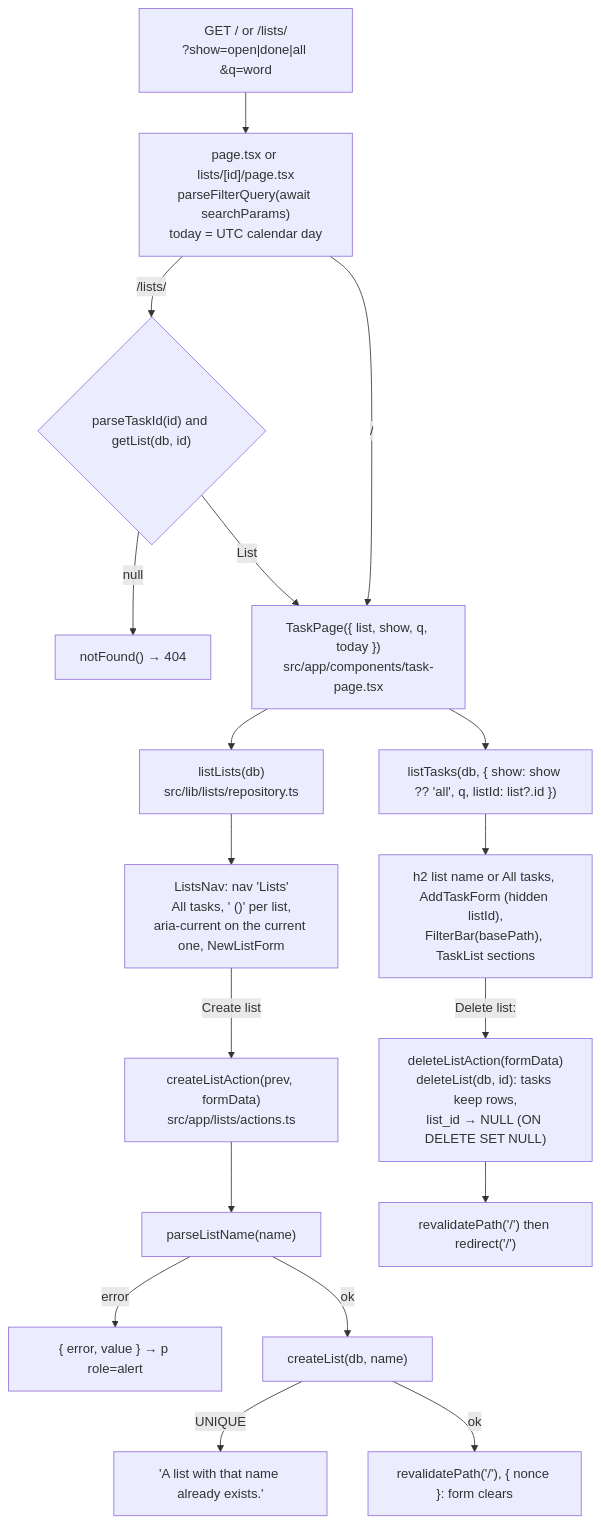
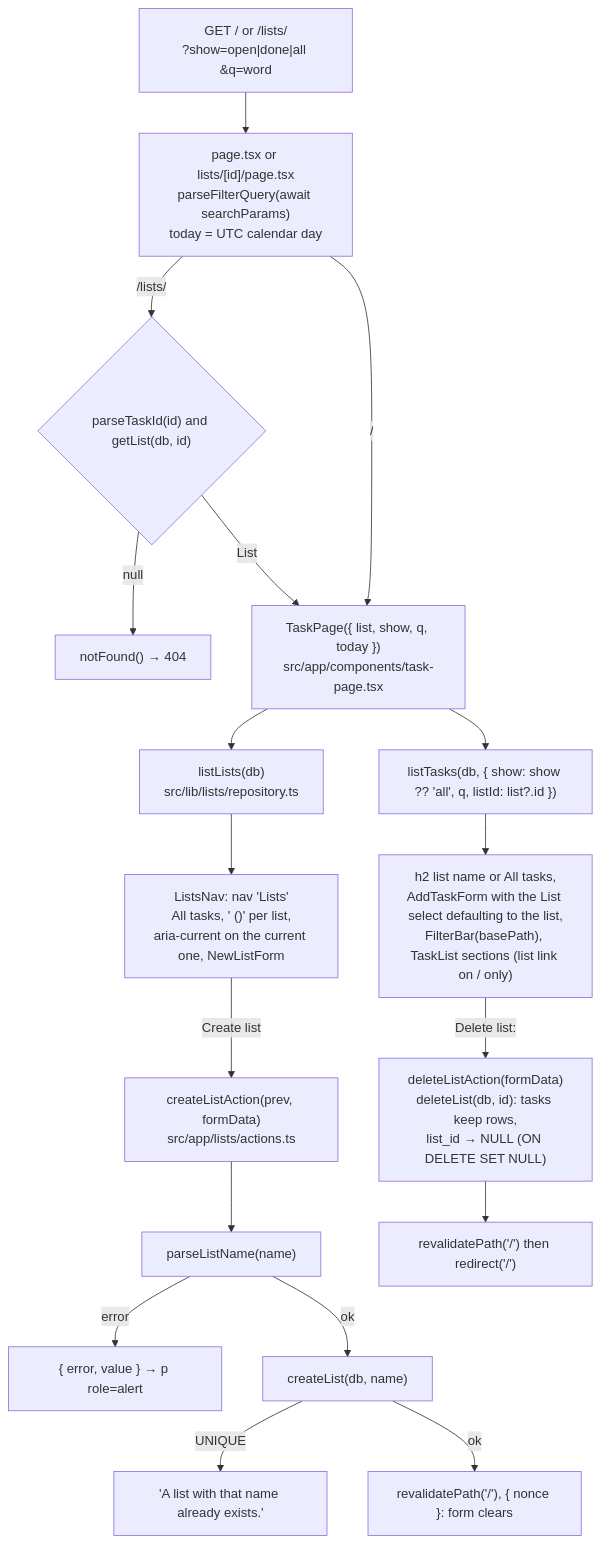
The diagram in docs/current/how/lists.md (mkelk/harness-demo), drawn with Mermaid before and after one commit. The commit also changed other lines of this file and 16 other files, not shown here.

First line of the commit message:
tick sxg: List select on task forms, list links on the list page, lists e2e

````diff
--- a/docs/current/how/lists.md
+++ b/docs/current/how/lists.md
@@ -13,20 +13,20 @@
 ```mermaid
 flowchart TD
     URL["GET / or /lists/<id><br/>?show=open|done|all &q=word"] --> Page["page.tsx or lists/[id]/page.tsx<br/>parseFilterQuery(await searchParams)<br/>today = UTC calendar day"]
     Page -->|"/lists/<id>"| Lookup{"parseTaskId(id) and getList(db, id)"}
     Lookup -->|"null"| NF["notFound() → 404"]
     Lookup -->|"List"| TP["TaskPage({ list, show, q, today })<br/>src/app/components/task-page.tsx"]
     Page -->|"/"| TP
     TP --> Lists["listLists(db)<br/>src/lib/lists/repository.ts"]
     TP --> Tasks["listTasks(db, { show: show ?? 'all', q, listId: list?.id })"]
     Lists --> Nav["ListsNav: nav 'Lists'<br/>All tasks, '<name> (<openCount>)' per list,<br/>aria-current on the current one, NewListForm"]
-    Tasks --> Body["h2 list name or All tasks, AddTaskForm (hidden listId),<br/>FilterBar(basePath), TaskList sections"]
+    Tasks --> Body["h2 list name or All tasks,<br/>AddTaskForm with the List select defaulting to the list,<br/>FilterBar(basePath), TaskList sections (list link on / only)"]
     Nav -->|"Create list"| Create["createListAction(prev, formData)<br/>src/app/lists/actions.ts"]
     Create --> Name["parseListName(name)"]
     Name -->|"error"| Err["{ error, value } → p role=alert"]
     Name -->|"ok"| Ins["createList(db, name)"]
     Ins -->|"UNIQUE"| Dup["'A list with that name already exists.'"]
     Ins -->|"ok"| Done["revalidatePath('/'), { nonce }: form clears"]
     Body -->|"Delete list: <name>"| Del["deleteListAction(formData)<br/>deleteList(db, id): tasks keep rows,<br/>list_id → NULL (ON DELETE SET NULL)"]
     Del --> Redirect["revalidatePath('/') then redirect('/')"]
 ```
````
